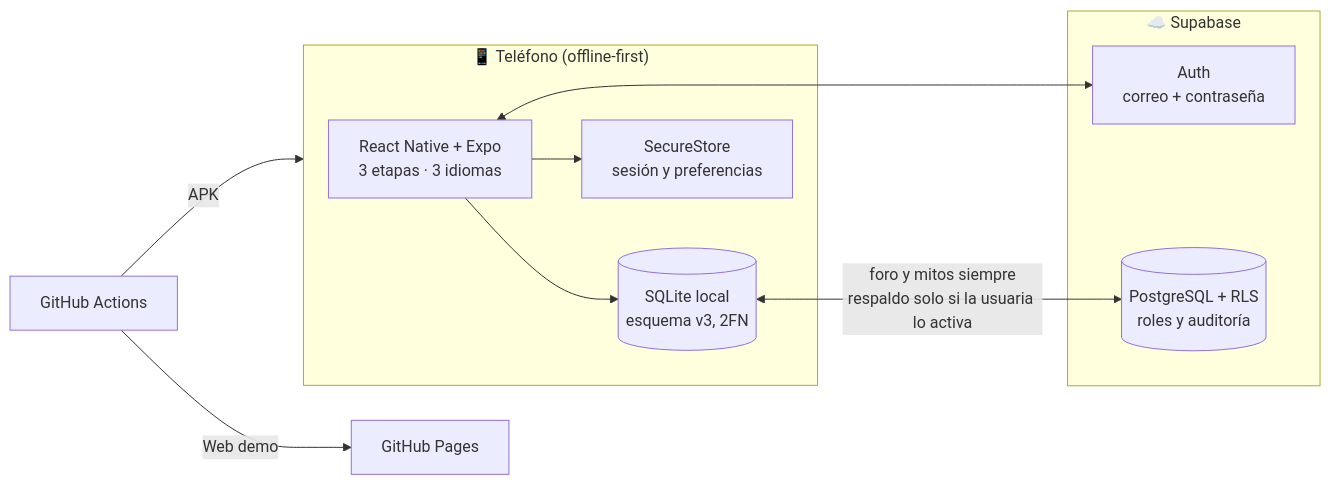
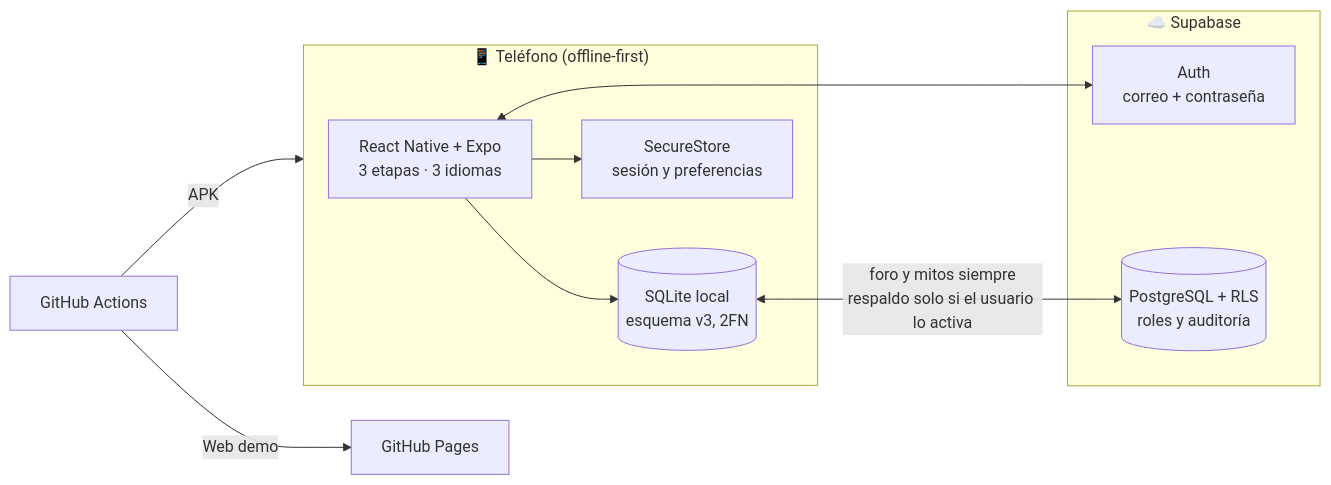
One commit to cuoconatwatah-create/Metztli changed the second of 2 diagrams in README.md. Above: the diagram before and after it, drawn with Mermaid. The commit also changed other lines of this file and 18 other files, not shown here.

````diff
--- a/README.md
+++ b/README.md
@@ -104,15 +104,15 @@
 ```mermaid
 flowchart LR
     subgraph Telefono["📱 Teléfono (offline-first)"]
         UI[React Native + Expo<br/>3 etapas · 3 idiomas] --> DB[(SQLite local<br/>esquema v3, 2FN)]
         UI --> SS[SecureStore<br/>sesión y preferencias]
     end
     subgraph Nube["☁️ Supabase"]
         AUTH[Auth<br/>correo + contraseña]
         PG[(PostgreSQL + RLS<br/>roles y auditoría)]
     end
-    DB <-->|foro y mitos siempre<br/>respaldo solo si la usuaria lo activa| PG
+    DB <-->|foro y mitos siempre<br/>respaldo solo si el usuario lo activa| PG
     UI <--> AUTH
     GH[GitHub Actions] -->|APK| Telefono
     GH -->|Web demo| PAGES[GitHub Pages]
 ```
````
